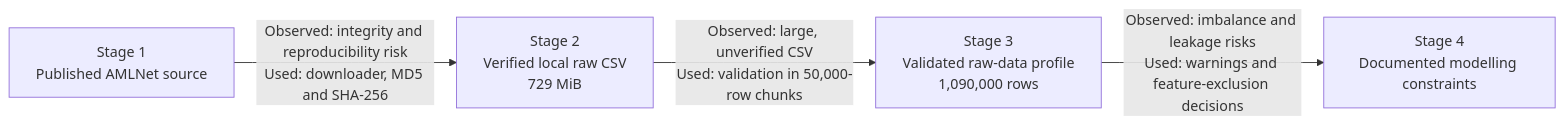
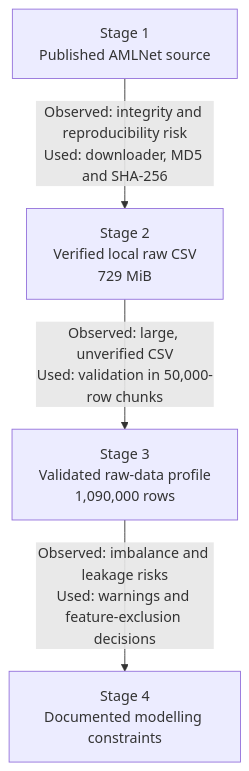
The diagram in README.md (Souravfrp/payment-guard), drawn with Mermaid before and after one commit.

Commit message:
Changed workflow diagram to vertical layout

````diff
--- a/README.md
+++ b/README.md
@@ -17,11 +17,11 @@
 ```mermaid
-flowchart LR
+flowchart TB
     A["Stage 1<br/>Published AMLNet source"]
     B["Stage 2<br/>Verified local raw CSV<br/>729 MiB"]
     C["Stage 3<br/>Validated raw-data profile<br/>1,090,000 rows"]
     D["Stage 4<br/>Documented modelling constraints"]
 
     A -->|"Observed: integrity and reproducibility risk<br/>Used: downloader, MD5 and SHA-256"| B
     B -->|"Observed: large, unverified CSV<br/>Used: validation in 50,000-row chunks"| C
     C -->|"Observed: imbalance and leakage risks<br/>Used: warnings and feature-exclusion decisions"| D
 ```
````
